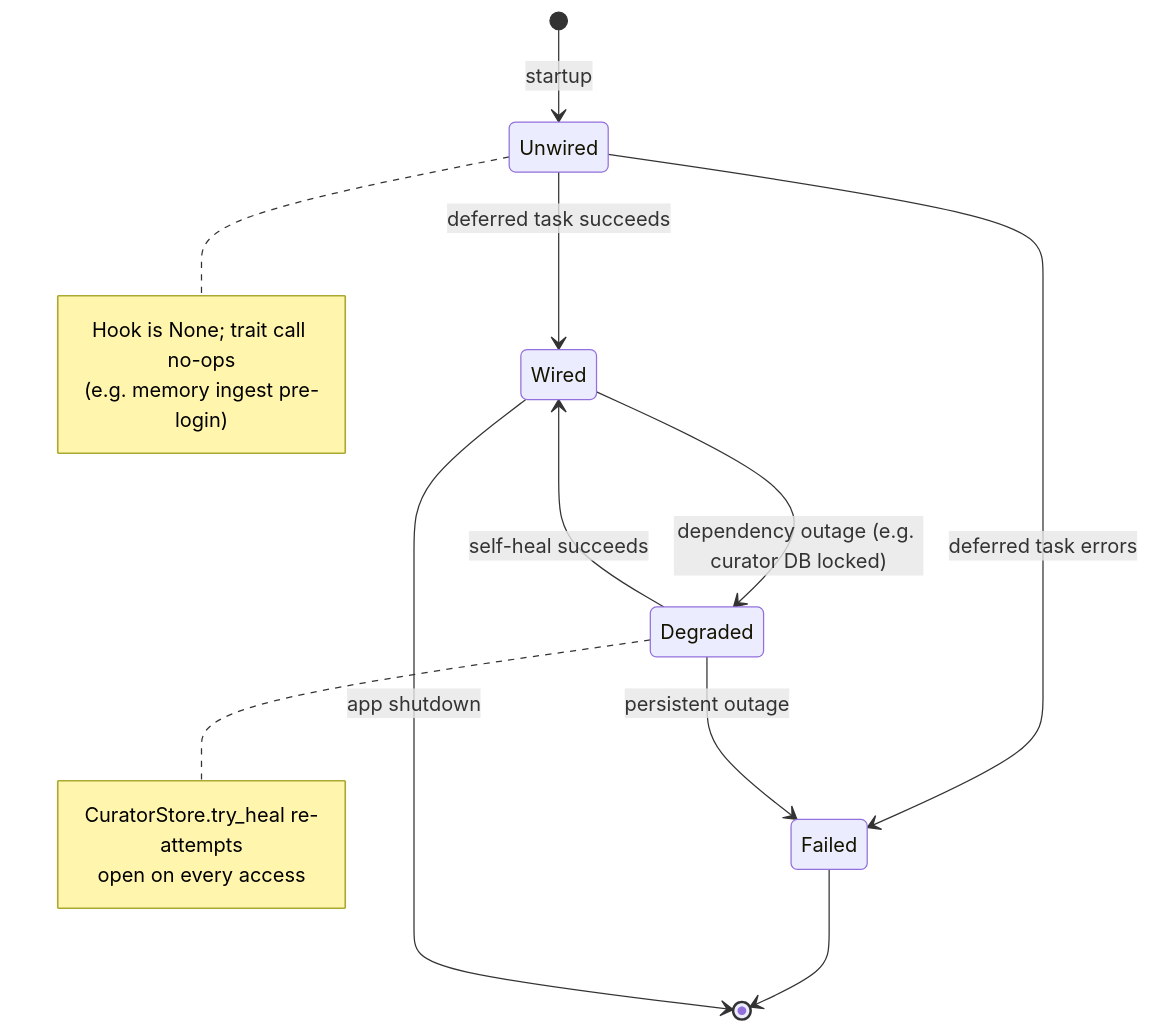
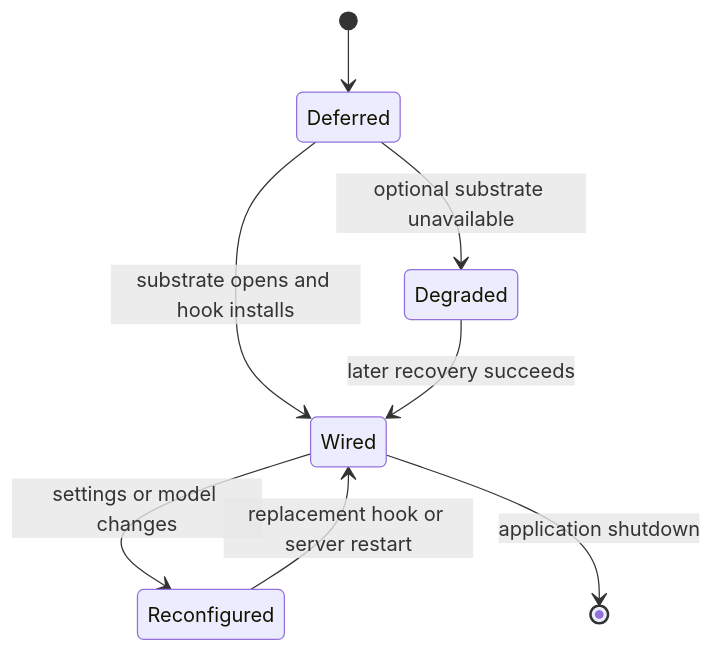
The second of 2 diagrams in kask/docs/diataxis/kask_bridge/explanation.md (mdz-axo/zed-kask), drawn with Mermaid before and after one commit. The commit also changed other lines of this file and 15 other files, not shown here.

````diff
--- a/kask/docs/diataxis/kask_bridge/explanation.md
+++ b/kask/docs/diataxis/kask_bridge/explanation.md
@@ -261,20 +109,10 @@
 ```mermaid
 stateDiagram-v2
-    [*] --> Unwired: startup
-    Unwired --> Wired: deferred task succeeds
-    Unwired --> Failed: deferred task errors
-    Wired --> Degraded: dependency outage (e.g. curator DB locked)
-    Degraded --> Wired: self-heal succeeds
-    Degraded --> Failed: persistent outage
-    Failed --> [*]
-    Wired --> [*]: app shutdown
-
-    note right of Unwired
-        Hook is None; trait call no-ops
-        (e.g. memory ingest pre-login)
-    end note
-    note right of Degraded
-        CuratorStore.try_heal re-attempts
-        open on every access
-    end note
+    [*] --> Deferred
+    Deferred --> Wired: substrate opens and hook installs
+    Deferred --> Degraded: optional substrate unavailable
+    Degraded --> Wired: later recovery succeeds
+    Wired --> Reconfigured: settings or model changes
+    Reconfigured --> Wired: replacement hook or server restart
+    Wired --> [*]: application shutdown
 ```
````
